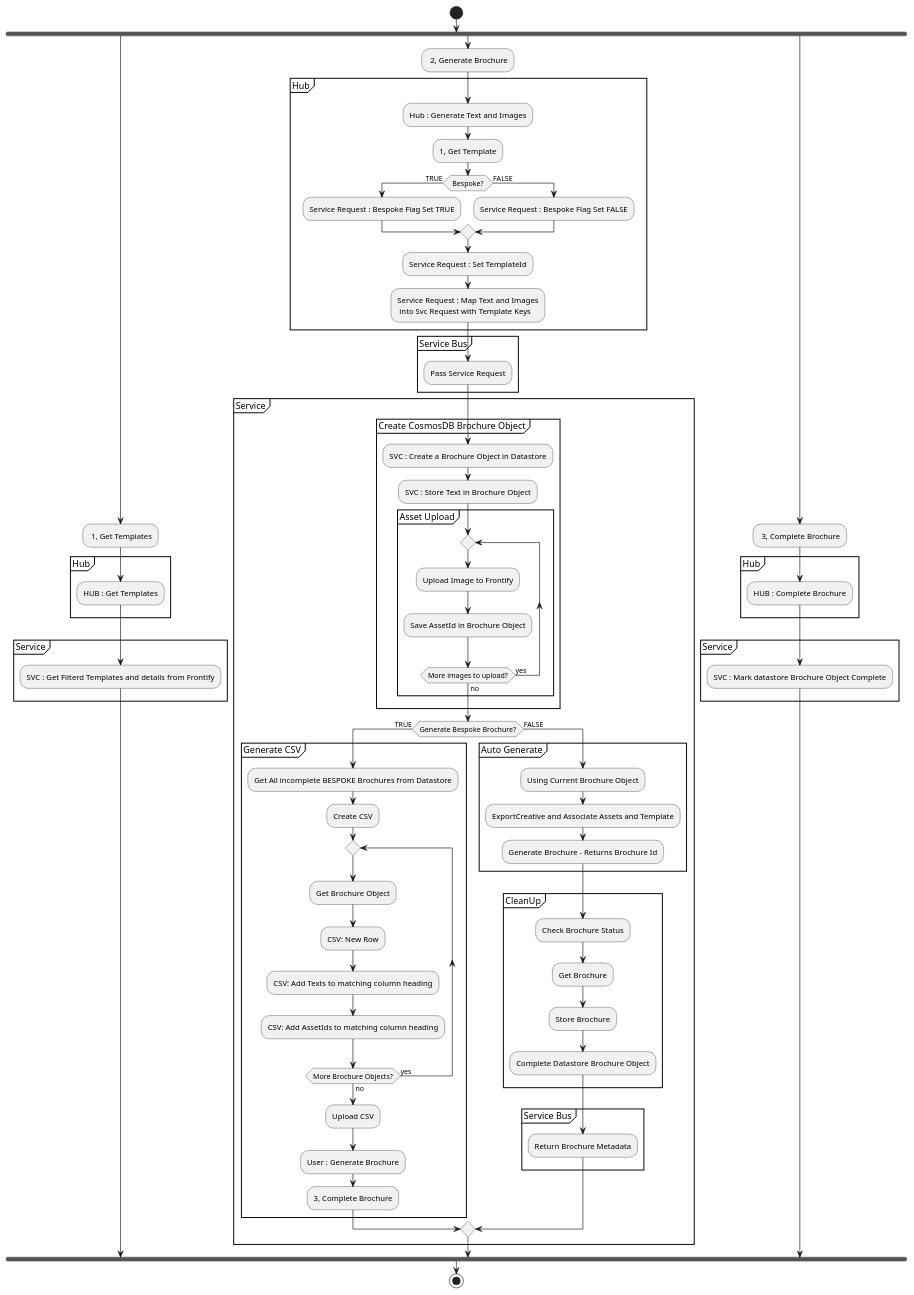
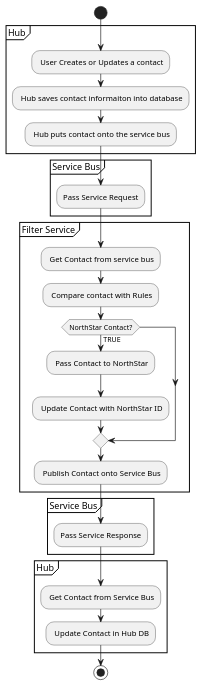
Before and after one commit to newportg/NorthStarContractIntegration: the diagram in plantuml/ProcessFlow.puml, drawn with PlantUML. The commit also changed 1 other file, not shown here.

```diff
--- a/plantuml/ProcessFlow.puml
+++ b/plantuml/ProcessFlow.puml
@@ -1,91 +1,35 @@
 @startuml
 
 start
-fork
-  : 1, Get Templates;
   Group Hub
-    :HUB : Get Templates;
+    : User Creates or Updates a contact;
+    : Hub saves contact informaiton into database;
+    : Hub puts contact onto the service bus;
   EndGroup
-  Group Service
-    :SVC : Get Filterd Templates and details from Frontify;
-  EndGroup
-
-fork again
-  : 2, Generate Brochure;
-
-  Group Hub
-    :Hub : Generate Text and Images;
-    :1, Get Template;     
-    
-    if ( Bespoke? ) then (TRUE)
-      :Service Request : Bespoke Flag Set TRUE;
-    else (FALSE)
-      :Service Request : Bespoke Flag Set FALSE;
-    endif
-    :Service Request : Set TemplateId;
-    :Service Request : Map Text and Images\n into Svc Request with Template Keys;
-  Endgroup
 
   Group Service Bus
     :Pass Service Request;
   Endgroup
-  Group Service
-    Group Create CosmosDB Brochure Object
-    :SVC : Create a Brochure Object in Datastore;
-    :SVC : Store Text in Brochure Object;
 
-      Group Asset Upload
-        repeat
-            :Upload Image to Frontify;
-            :Save AssetId in Brochure Object;
-        repeat while (More images to upload?) is (yes) not (no)
-      EndGroup
-    EndGroup
-
-    if (Generate Bespoke Brochure?) then (TRUE)
-      Group Generate CSV
-        :Get All incomplete BESPOKE Brochures from Datastore;
-        :Create CSV;
-        repeat
-          :Get Brochure Object;
-          :CSV: New Row;
-          :CSV: Add Texts to matching column heading;
-          :CSV: Add AssetIds to matching column heading;
-        repeat while (More Brochure Objects?) is (yes) not (no)
-
-        :Upload CSV;
-        :User : Generate Brochure;
-        :3, Complete Brochure; 
-      EndGroup
-
-    else (FALSE)
-      Group Auto Generate
-        :Using Current Brochure Object;
-        :ExportCreative and Associate Assets and Template;
-        :Generate Brochure - Returns Brochure Id;
-      EndGroup
-    Group CleanUp
-      :Check Brochure Status;
-      :Get Brochure;
-      :Store Brochure;
-      :Complete Datastore Brochure Object;
-    EndGroup
-
-    Group Service Bus
-      :Return Brochure Metadata;
-    Endgroup
+  Group Filter Service
+    : Get Contact from service bus;
+    : Compare contact with Rules;
+    if (NorthStar Contact?) then (TRUE)
+      : Pass Contact to NorthStar;
+      : Update Contact with NorthStar ID;
     endif
+    : Publish Contact onto Service Bus;
   EndGroup
 
-fork again
-  : 3, Complete Brochure;
+  Group Service Bus
+    :Pass Service Response;
+  Endgroup
+
   Group Hub
-    :HUB : Complete Brochure;
+    : Get Contact from Service Bus;
+    : Update Contact in Hub DB;
   EndGroup
-  Group Service
-    :SVC : Mark datastore Brochure Object Complete;
-  EndGroup
-endfork
+
 stop
 
 @enduml
```
